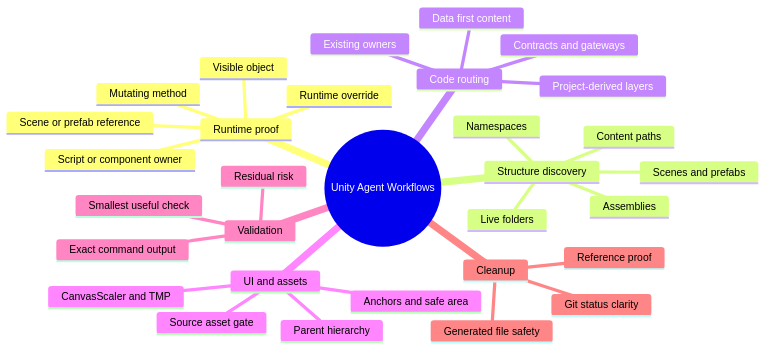
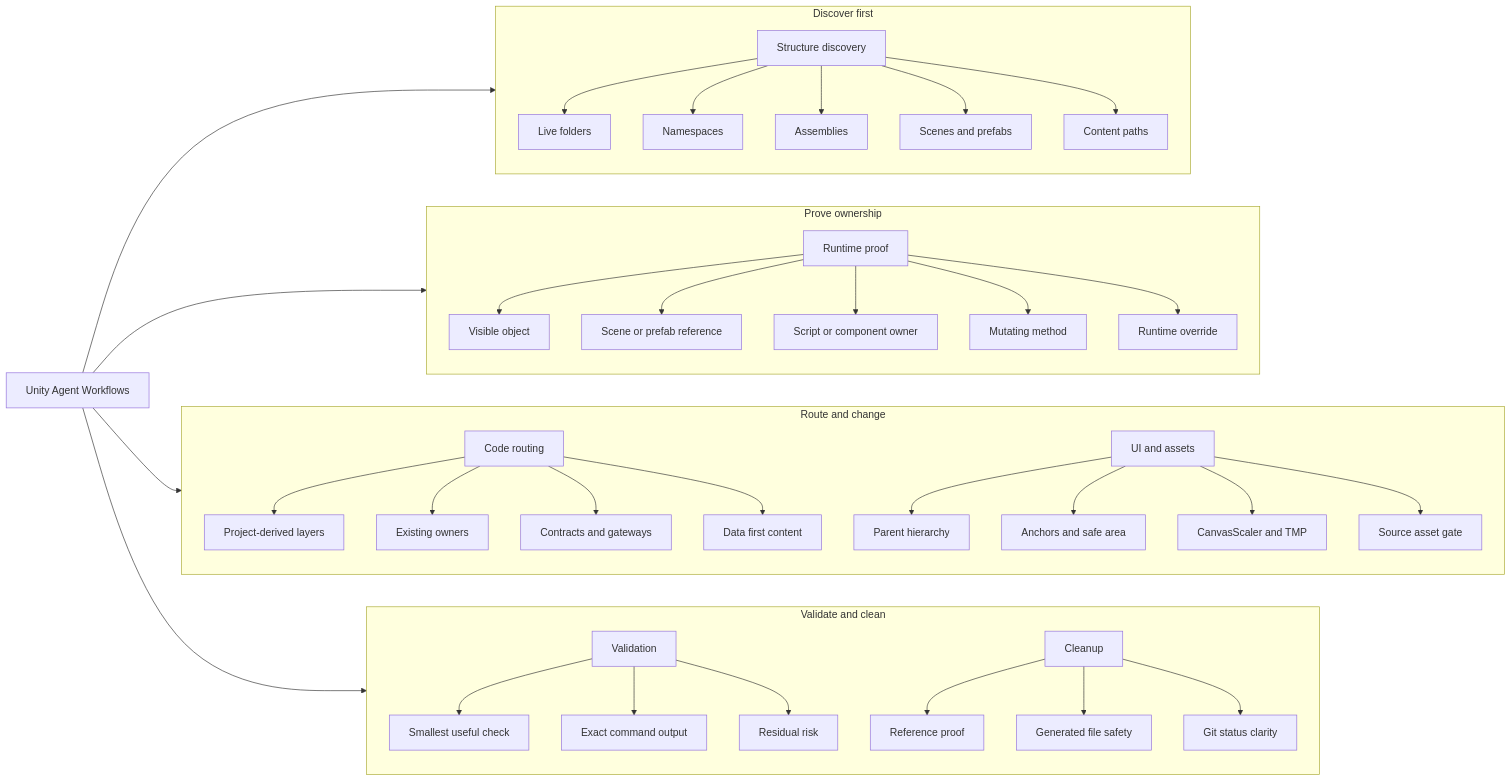
The first of 2 diagrams in README.md (AUN-PN/unity-agent-workflows), drawn with Mermaid before and after one commit.

Commit message:
Improve README workflow diagram layout

````diff
--- a/README.md
+++ b/README.md
@@ -56,34 +56,75 @@
 ```mermaid
-mindmap
-  root((Unity Agent Workflows))
-    Runtime proof
-      Visible object
-      Scene or prefab reference
-      Script or component owner
-      Mutating method
-      Runtime override
-    Structure discovery
-      Live folders
-      Namespaces
-      Assemblies
-      Scenes and prefabs
-      Content paths
-    Code routing
-      Project-derived layers
-      Existing owners
-      Contracts and gateways
-      Data first content
-    UI and assets
-      Parent hierarchy
-      Anchors and safe area
-      CanvasScaler and TMP
-      Source asset gate
-    Validation
-      Smallest useful check
-      Exact command output
-      Residual risk
-    Cleanup
-      Reference proof
-      Generated file safety
-      Git status clarity
+flowchart LR
+    UAW["Unity Agent Workflows"]
+
+    subgraph DISC["Discover first"]
+      SD["Structure discovery"]
+      SD1["Live folders"]
+      SD2["Namespaces"]
+      SD3["Assemblies"]
+      SD4["Scenes and prefabs"]
+      SD5["Content paths"]
+      SD --> SD1
+      SD --> SD2
+      SD --> SD3
+      SD --> SD4
+      SD --> SD5
+    end
+
+    subgraph PROOF["Prove ownership"]
+      RP["Runtime proof"]
+      RP1["Visible object"]
+      RP2["Scene or prefab reference"]
+      RP3["Script or component owner"]
+      RP4["Mutating method"]
+      RP5["Runtime override"]
+      RP --> RP1
+      RP --> RP2
+      RP --> RP3
+      RP --> RP4
+      RP --> RP5
+    end
+
+    subgraph ROUTE["Route and change"]
+      CR["Code routing"]
+      CR1["Project-derived layers"]
+      CR2["Existing owners"]
+      CR3["Contracts and gateways"]
+      CR4["Data first content"]
+      UI["UI and assets"]
+      UI1["Parent hierarchy"]
+      UI2["Anchors and safe area"]
+      UI3["CanvasScaler and TMP"]
+      UI4["Source asset gate"]
+      CR --> CR1
+      CR --> CR2
+      CR --> CR3
+      CR --> CR4
+      UI --> UI1
+      UI --> UI2
+      UI --> UI3
+      UI --> UI4
+    end
+
+    subgraph VERIFY["Validate and clean"]
+      VA["Validation"]
+      VA1["Smallest useful check"]
+      VA2["Exact command output"]
+      VA3["Residual risk"]
+      CL["Cleanup"]
+      CL1["Reference proof"]
+      CL2["Generated file safety"]
+      CL3["Git status clarity"]
+      VA --> VA1
+      VA --> VA2
+      VA --> VA3
+      CL --> CL1
+      CL --> CL2
+      CL --> CL3
+    end
+
+    UAW --> DISC
+    UAW --> PROOF
+    UAW --> ROUTE
+    UAW --> VERIFY
 ```
````
